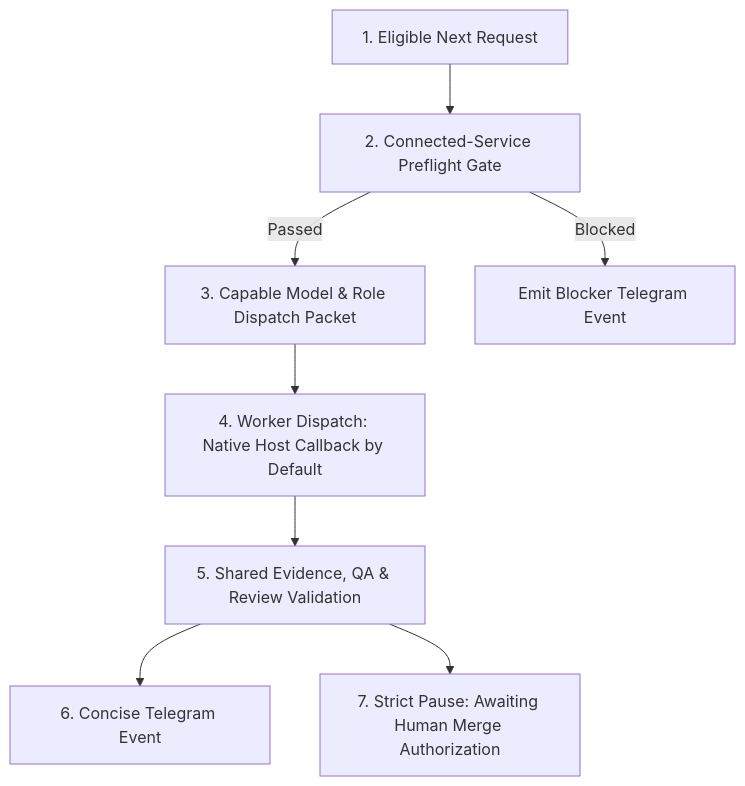
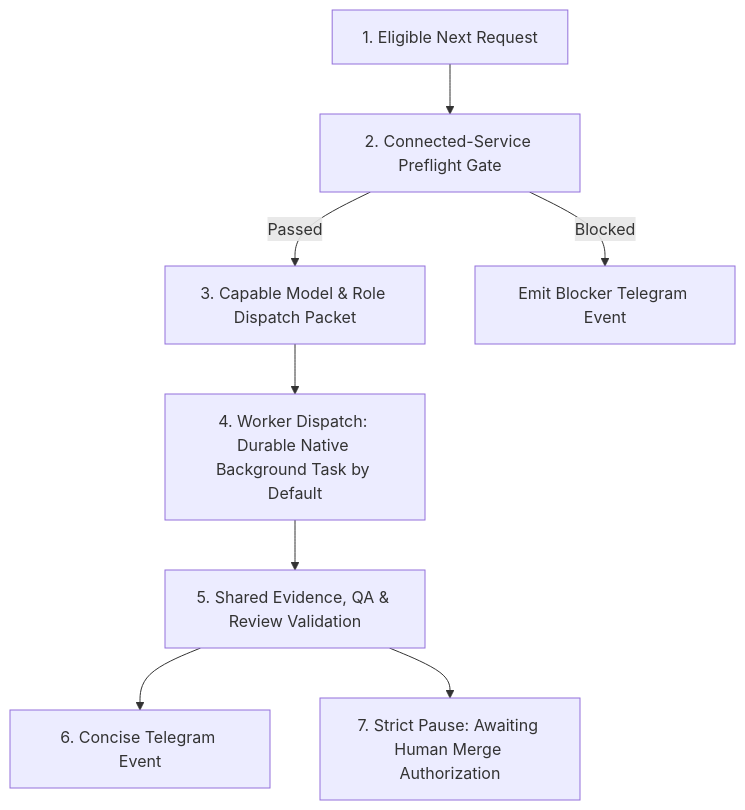
The second of 2 diagrams in workflows/portable/PORTABLE.md (Wladefant/super-board), drawn with Mermaid before and after one commit. The commit also changed other lines of this file and 8 other files, not shown here.

Commit message:
feat: dispatch native workers in background

````diff
--- a/workflows/portable/PORTABLE.md
+++ b/workflows/portable/PORTABLE.md
@@ -427,10 +427,10 @@
 ```mermaid
 graph TD
     A[1. Eligible Next Request] --> B[2. Connected-Service Preflight Gate]
     B -->|Passed| C[3. Capable Model & Role Dispatch Packet]
     B -->|Blocked| H[Emit Blocker Telegram Event]
-    C --> D[4. Worker Dispatch: Native Host Callback by Default]
+    C --> D[4. Worker Dispatch: Durable Native Background Task by Default]
     D --> E[5. Shared Evidence, QA & Review Validation]
     E --> F[6. Concise Telegram Event]
     E --> G[7. Strict Pause: Awaiting Human Merge Authorization]
 ```
````
